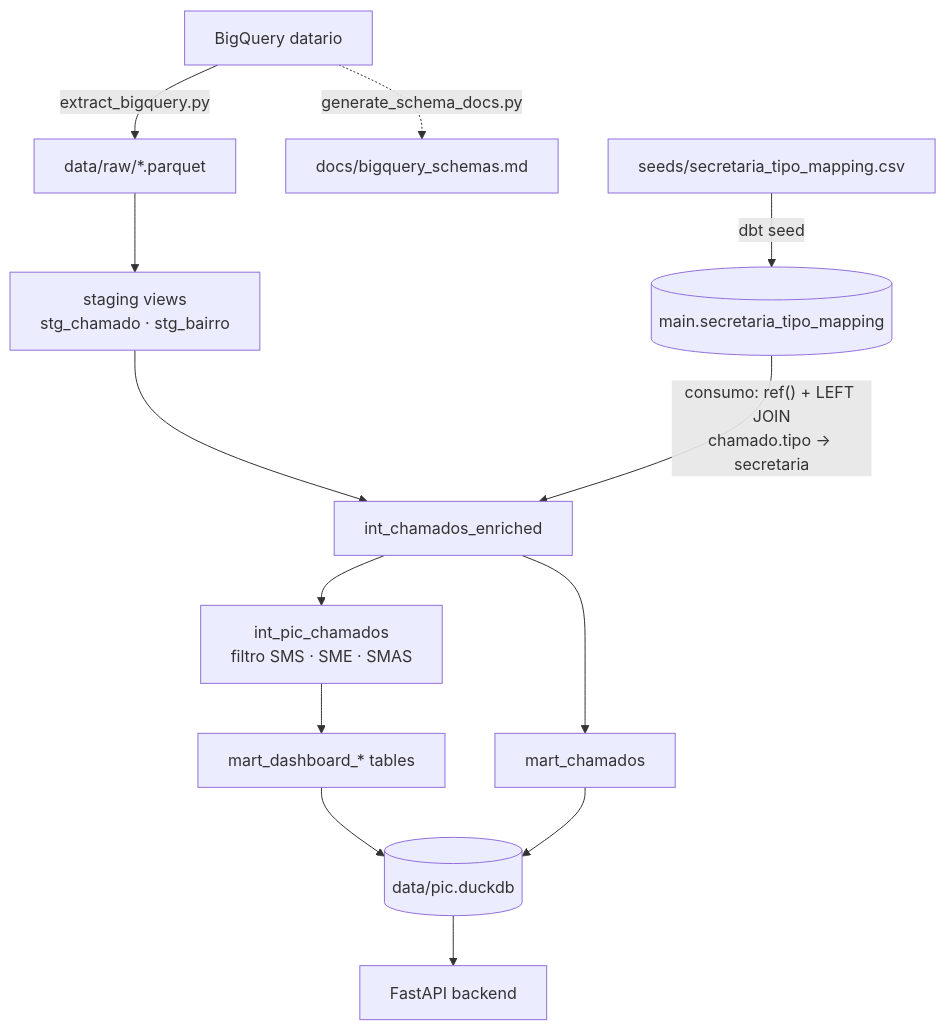
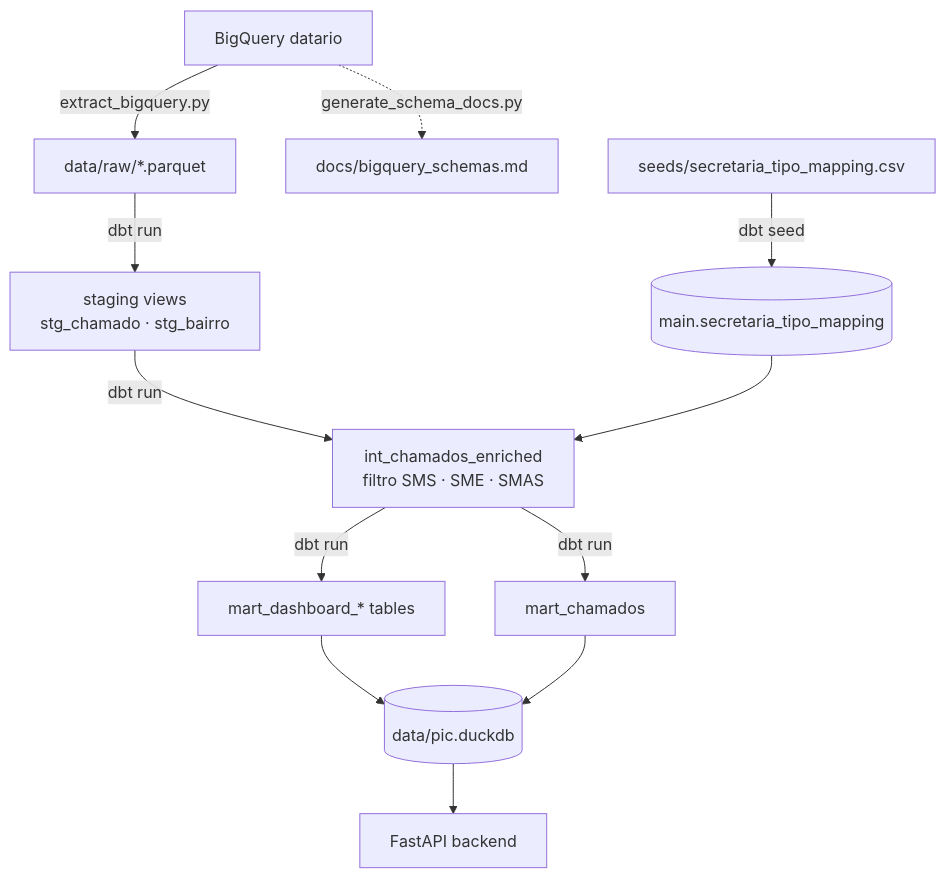
The first of 3 diagrams in pipeline/README.md (brunocampos01/desafio-tech-lead-cidadaos-vulneraveis), drawn with Mermaid before and after one commit. The commit also changed other lines of this file and 4 other files, not shown here.

Commit message:
doc: atualiza READMEs e decisões (basedosdados, filtro PIC, terminologia, warnings de teste)

````diff
--- a/pipeline/README.md
+++ b/pipeline/README.md
@@ -9,23 +21,22 @@
 ```mermaid
 flowchart TB
   BQ[BigQuery datario]
 
   BQ -->|extract_bigquery.py| RAW[data/raw/*.parquet]
   BQ -.->|generate_schema_docs.py| SCHEMA_DOC[docs/bigquery_schemas.md]
 
   CSV["seeds/secretaria_tipo_mapping.csv"]
   CSV -->|dbt seed| SEED[(main.secretaria_tipo_mapping)]
 
-  RAW --> STG[staging views<br/>stg_chamado · stg_bairro]
+  RAW -->|dbt run| STG[staging views<br/>stg_chamado · stg_bairro]
 
-  STG --> INT[int_chamados_enriched]
-  SEED -->|"consumo: ref() + LEFT JOIN<br/>chamado.tipo → secretaria"| INT
+  STG -->|dbt run| INT[int_chamados_enriched<br/>filtro SMS · SME · SMAS]
+  SEED --> INT
 
-  INT --> PIC[int_pic_chamados<br/>filtro SMS · SME · SMAS]
-  PIC --> MART[mart_dashboard_* tables]
-  INT --> DETAIL[mart_chamados]
+  INT -->|dbt run| MART[mart_dashboard_* tables]
+  INT -->|dbt run| DETAIL[mart_chamados]
 
   MART --> DB[(data/pic.duckdb)]
   DETAIL --> DB
   DB --> API[FastAPI backend]
 ```
````
